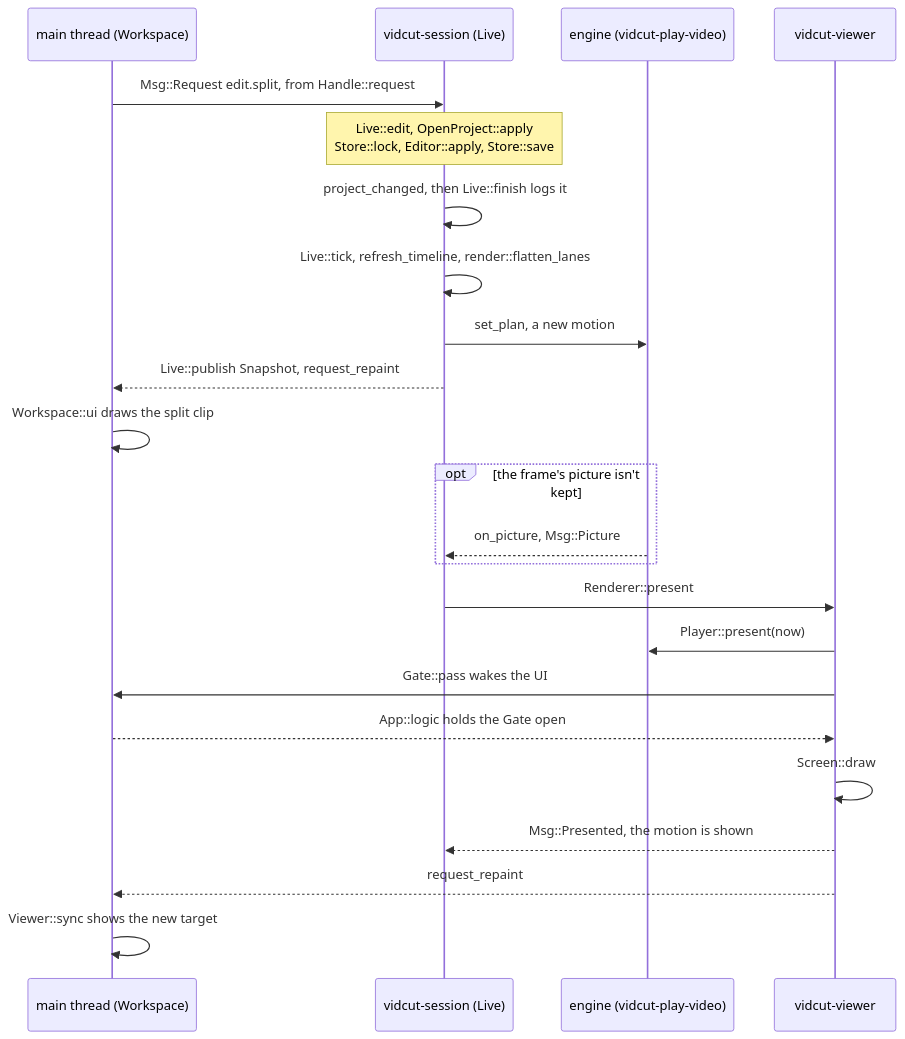
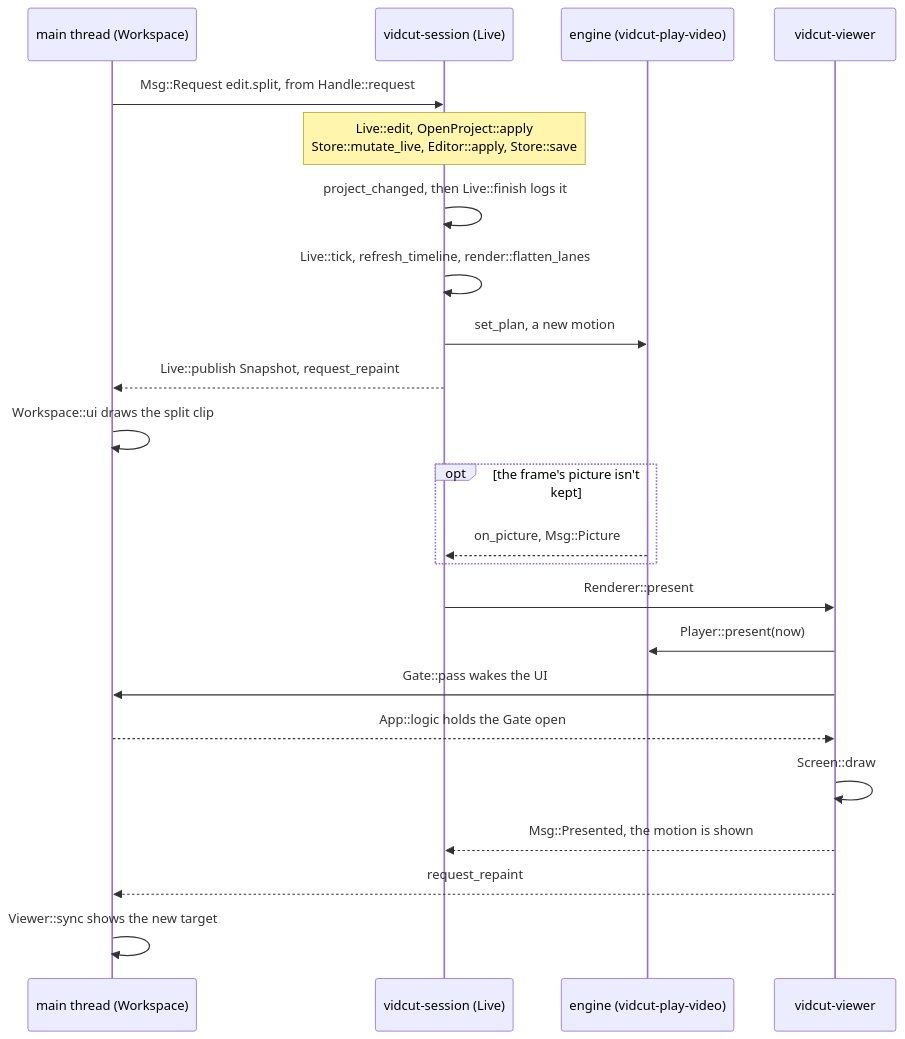
The third of 3 diagrams in docs/design/live.md (oittaa/vidcut), drawn with Mermaid before and after one commit. The commit also changed other lines of this file and 6 other files, not shown here.

Commit message:
Docs: document SQLite project store and integrated undo history

````diff
--- a/docs/design/live.md
+++ b/docs/design/live.md
@@ -970,25 +971,25 @@
 ```mermaid
 sequenceDiagram
   participant UI as main thread (Workspace)
   participant S as vidcut-session (Live)
   participant E as engine (vidcut-play-video)
   participant V as vidcut-viewer
   UI->>S: Msg::Request edit.split, from Handle::request
-  Note over S: Live::edit, OpenProject::apply<br>Store::lock, Editor::apply, Store::save
+  Note over S: Live::edit, OpenProject::apply<br>Store::mutate_live, Editor::apply, Store::save
   S->>S: project_changed, then Live::finish logs it
   S->>S: Live::tick, refresh_timeline, render::flatten_lanes
   S->>E: set_plan, a new motion
   S-->>UI: Live::publish Snapshot, request_repaint
   UI->>UI: Workspace::ui draws the split clip
   opt the frame's picture isn't kept
     E-->>S: on_picture, Msg::Picture
   end
   S->>V: Renderer::present
   V->>E: Player::present(now)
   V->>UI: Gate::pass wakes the UI
   UI-->>V: App::logic holds the Gate open
   V->>V: Screen::draw
   V-->>S: Msg::Presented, the motion is shown
   V-->>UI: request_repaint
   UI->>UI: Viewer::sync shows the new target
 ```
````
